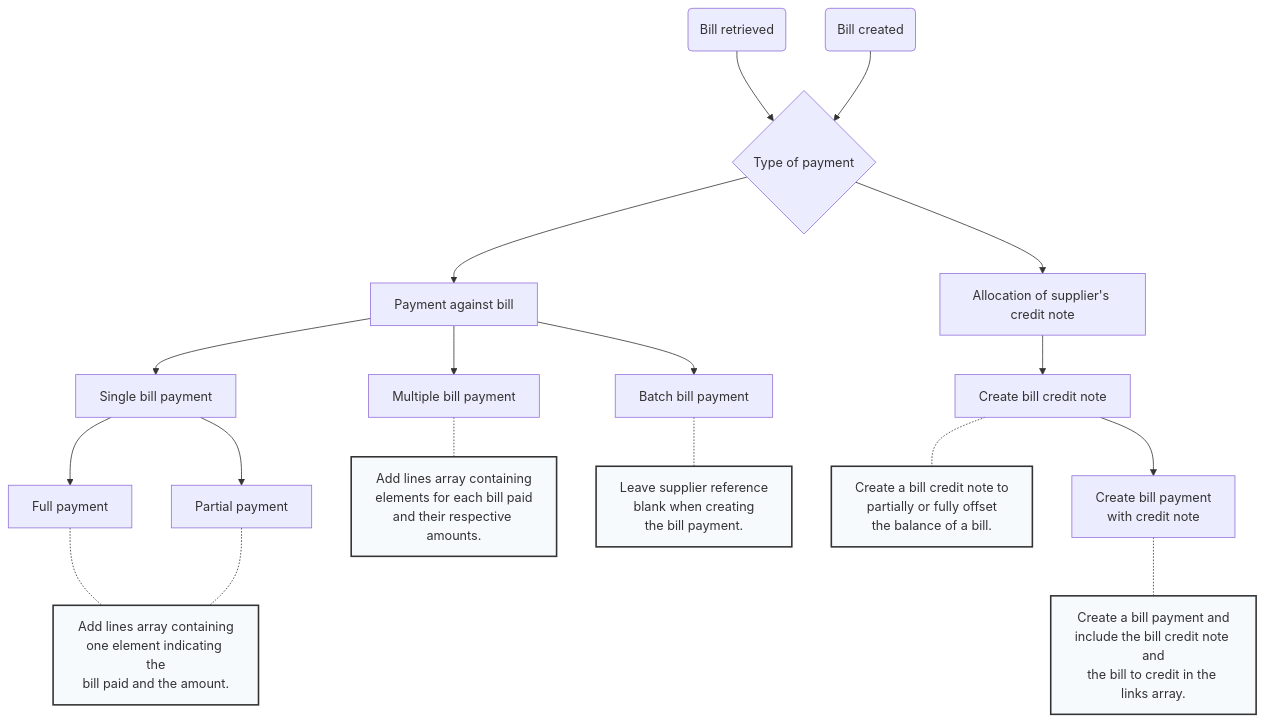
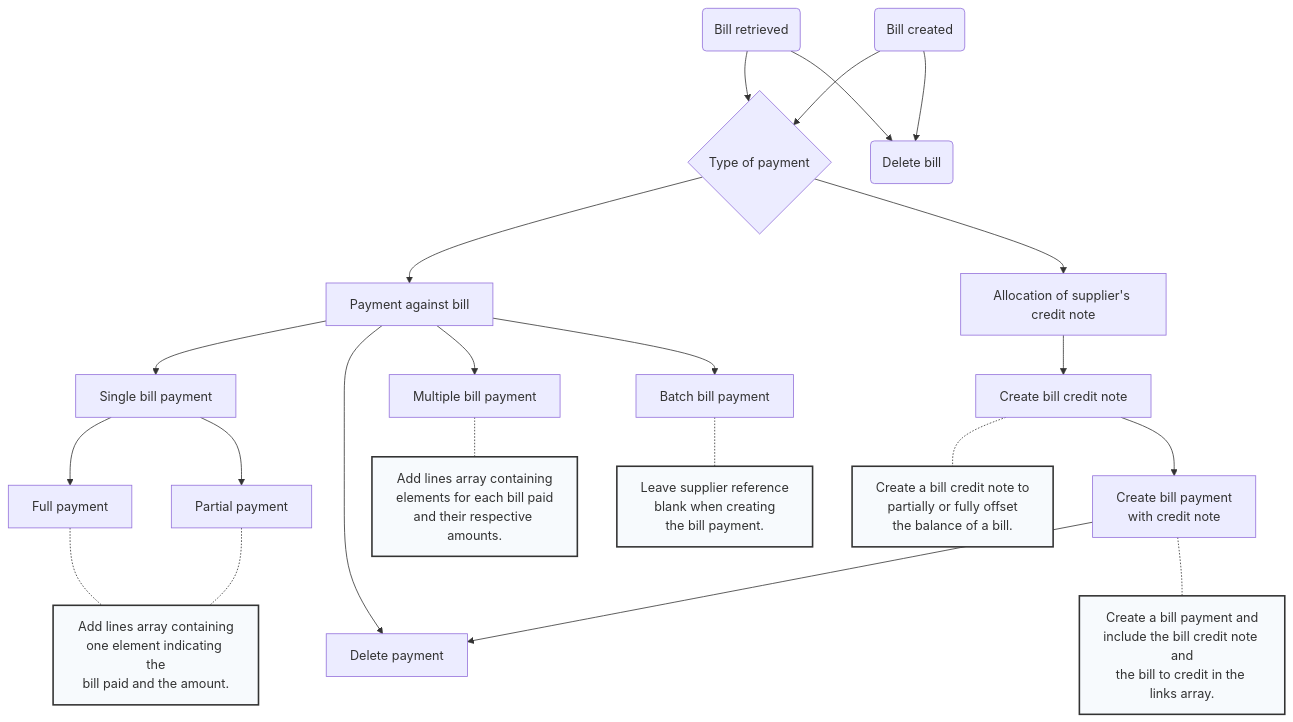
One commit to codatio/codat-docs changed the second of 2 diagrams in docs/payables/payments.md. Above: the diagram before and after it, drawn with Mermaid. The commit also changed other lines of this file, not shown here.

````diff
--- a/docs/payables/payments.md
+++ b/docs/payables/payments.md
@@ -46,38 +46,43 @@
 ```mermaid
 
 graph TD
     style note1 fill:#f7fafd,stroke:#333,stroke-width:2px,font-color:#ffffff;
     style note2 fill:#f7fafd,stroke:#333,stroke-width:2px,font-color:#ffffff;
     style note3 fill:#f7fafd,stroke:#333,stroke-width:2px,font-color:#ffffff;
     style note4 fill:#f7fafd,stroke:#333,stroke-width:2px,font-color:#ffffff;
     style note5 fill:#f7fafd,stroke:#333,stroke-width:2px,font-color:#ffffff;
     style D1 round
     style D2 round
     style D3 round
     style D4 round
 
     A1(Bill retrieved) --> B{Type of payment}
     A2(Bill created) --> B
 
+    A1 --> F1(Delete bill)
+    A2 --> F1
+
     B --> C1[Payment against bill]
     B --> C2[Allocation of supplier's credit note]
 
     C1 --> D1[Single bill payment]
+    C1 --> E4[Delete payment]
     D1 --> E1[Full payment]
     D1 --> E2[Partial payment]
     E1 -.- note1[Add lines array containing<br>one element indicating the<br>bill paid and the amount.]
     E2 -.- note1
 
     C1 --> D2[Multiple bill payment]
     D2 -.- note2[Add lines array containing<br>elements for each bill paid<br>and their respective amounts.]
 
     C1 --> D4[Batch bill payment]
     D4 -.- note5[Leave supplier reference<br> blank when creating <br>the bill payment.]
 
     C2 --> D3[Create bill credit note]
     D3 -.- note3[Create a bill credit note to<br>partially or fully offset<br>the balance of a bill.]
 
     D3 --> E3[Create bill payment <br>with credit note]
+    E3 --> E4
     E3 -.- note4[Create a bill payment and<br>include the bill credit note and<br>the bill to credit in the links array.]
 
 ```
````
